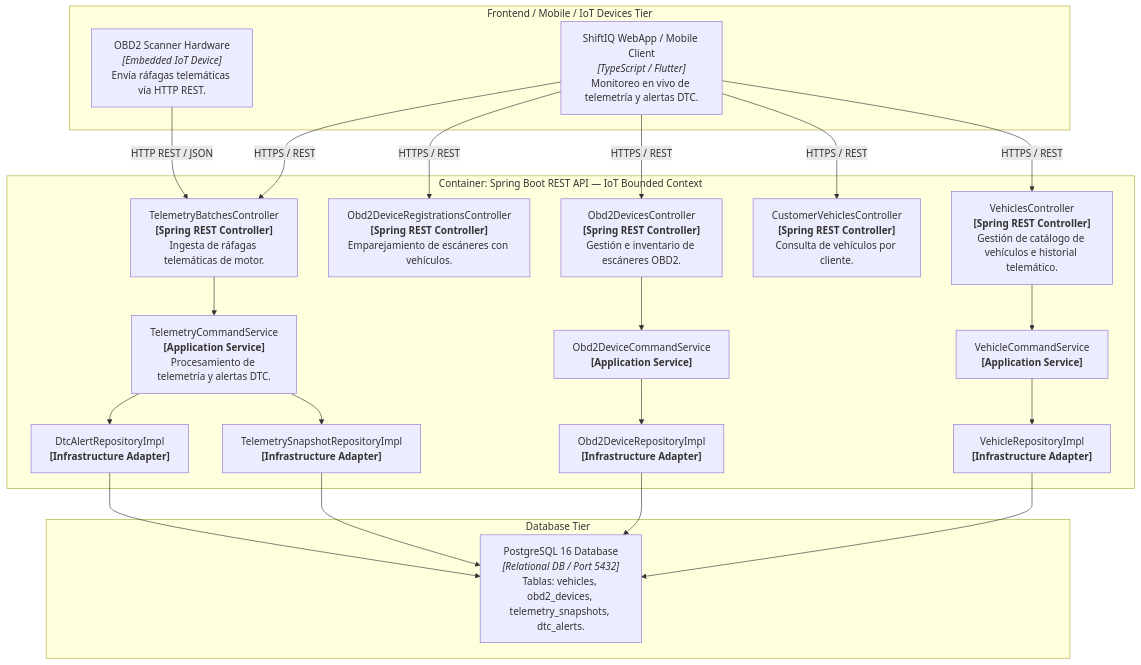
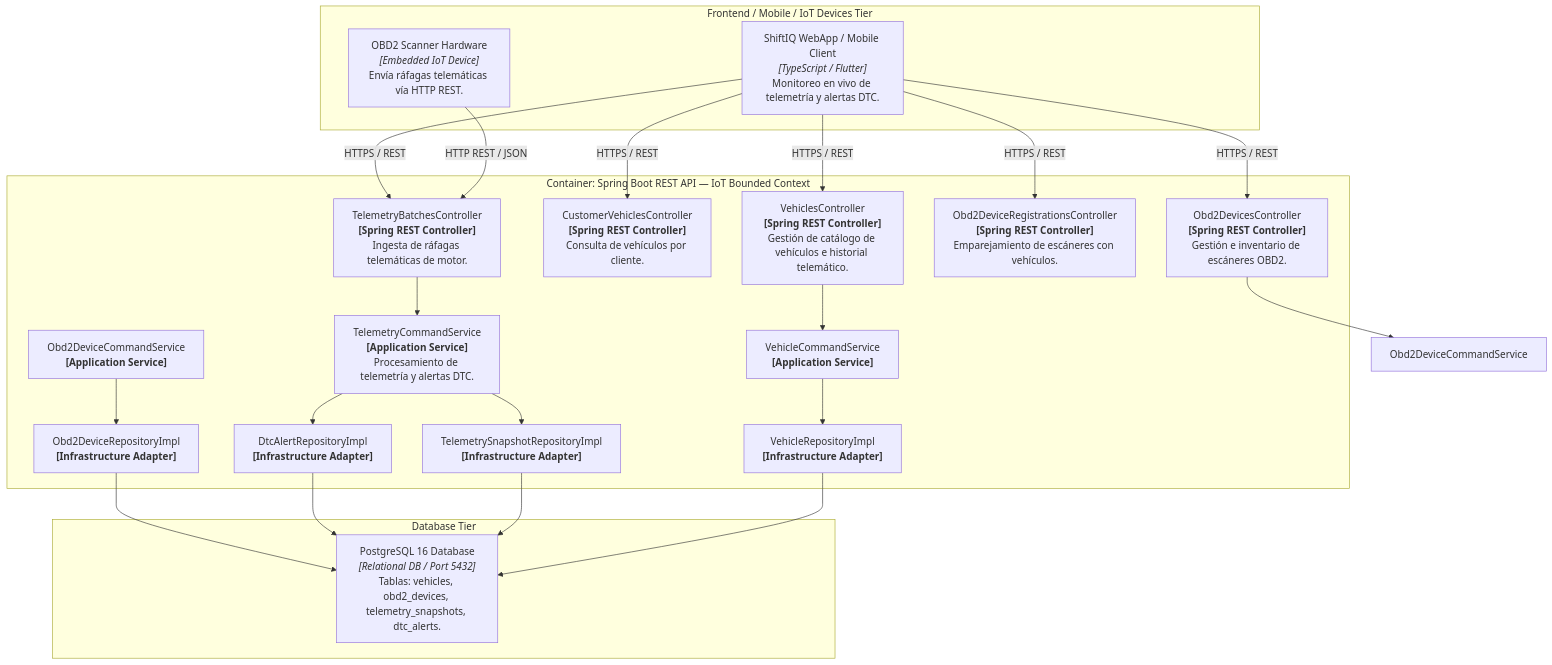
Before and after one commit to tux-logic/shiftiq-platform: the fifth of 7 diagrams in docs/iot-bounded-context-dictionary.md, drawn with Mermaid. The commit also changed other lines of this file, not shown here.

````diff
--- a/docs/iot-bounded-context-dictionary.md
+++ b/docs/iot-bounded-context-dictionary.md
@@ -583,49 +585,49 @@
 ```mermaid
 graph TB
     subgraph Client_Tier ["Frontend / Mobile / IoT Devices Tier"]
         Obd2Hardware["OBD2 Scanner Hardware<br><i>[Embedded IoT Device]</i><br>Envía ráfagas telemáticas vía HTTP REST."]
         ClientApp["ShiftIQ WebApp / Mobile Client<br><i>[TypeScript / Flutter]</i><br>Monitoreo en vivo de telemetría y alertas DTC."]
     end
 
     subgraph External_DB ["Database Tier"]
         PostgreSql["PostgreSQL 16 Database<br><i>[Relational DB / Port 5432]</i><br>Tablas: vehicles, obd2_devices, telemetry_snapshots, dtc_alerts."]
     end
 
     subgraph IoT_Container ["Container: Spring Boot REST API — IoT Bounded Context"]
         VehiclesCtrl["VehiclesController<br><b>[Spring REST Controller]</b><br>Gestión de catálogo de vehículos e historial telemático."]
         CustVehCtrl["CustomerVehiclesController<br><b>[Spring REST Controller]</b><br>Consulta de vehículos por cliente."]
         Obd2DevicesCtrl["Obd2DevicesController<br><b>[Spring REST Controller]</b><br>Gestión e inventario de escáneres OBD2."]
         Obd2RegCtrl["Obd2DeviceRegistrationsController<br><b>[Spring REST Controller]</b><br>Emparejamiento de escáneres con vehículos."]
         TelemetryCtrl["TelemetryBatchesController<br><b>[Spring REST Controller]</b><br>Ingesta de ráfagas telemáticas de motor."]
 
         VehicleCmdService["VehicleCommandService<br><b>[Application Service]</b>"]
         TelemetryCmdService["TelemetryCommandService<br><b>[Application Service]</b><br>Procesamiento de telemetría y alertas DTC."]
         Obd2DeviceCmdService["Obd2DeviceCommandService<br><b>[Application Service]</b>"]
 
         VehicleRepoAdapter["VehicleRepositoryImpl<br><b>[Infrastructure Adapter]</b>"]
         TelemetryRepoAdapter["TelemetrySnapshotRepositoryImpl<br><b>[Infrastructure Adapter]</b>"]
         DtcRepoAdapter["DtcAlertRepositoryImpl<br><b>[Infrastructure Adapter]</b>"]
         Obd2RepoAdapter["Obd2DeviceRepositoryImpl<br><b>[Infrastructure Adapter]</b>"]
     end
 
     Obd2Hardware -->|"HTTP REST / JSON"| TelemetryCtrl
     ClientApp -->|"HTTPS / REST"| VehiclesCtrl
     ClientApp -->|"HTTPS / REST"| CustVehCtrl
     ClientApp -->|"HTTPS / REST"| Obd2DevicesCtrl
     ClientApp -->|"HTTPS / REST"| Obd2RegCtrl
     ClientApp -->|"HTTPS / REST"| TelemetryCtrl
 
     VehiclesCtrl --> VehicleCmdService
-    Obd2DevicesCtrl --> Obd2DeviceCmdService
+    Obd2DevicesCtrl --> Obd2DeviceCommandService
     TelemetryCtrl --> TelemetryCmdService
 
     VehicleCmdService --> VehicleRepoAdapter
     Obd2DeviceCmdService --> Obd2RepoAdapter
     TelemetryCmdService --> TelemetryRepoAdapter
     TelemetryCmdService --> DtcRepoAdapter
 
     VehicleRepoAdapter --> PostgreSql
     TelemetryRepoAdapter --> PostgreSql
     DtcRepoAdapter --> PostgreSql
     Obd2RepoAdapter --> PostgreSql
 ```
````
